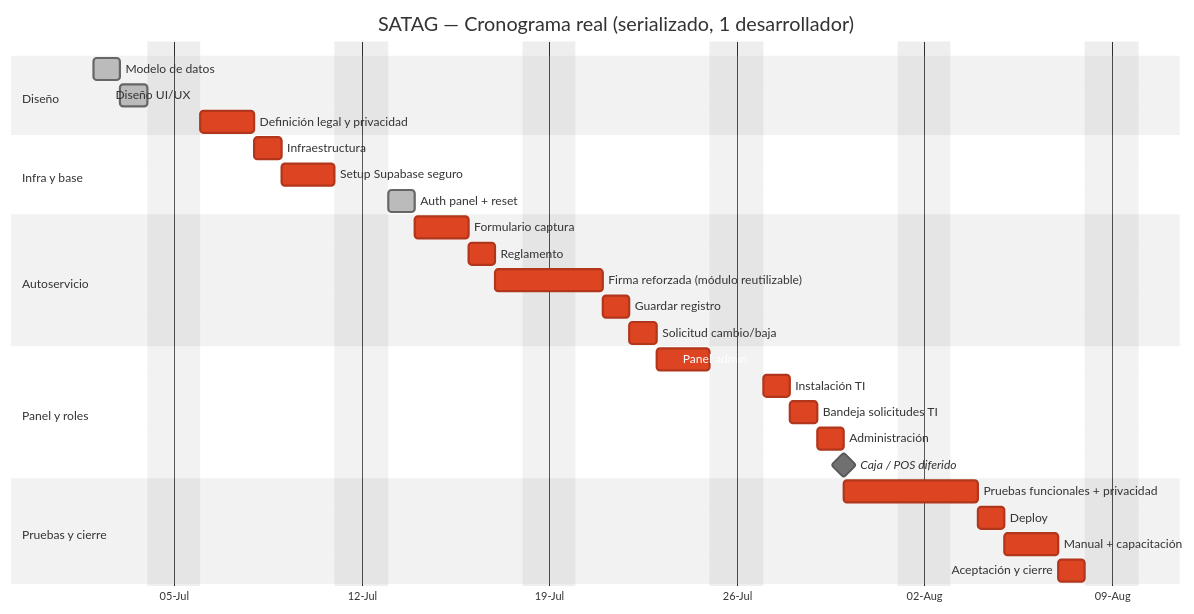
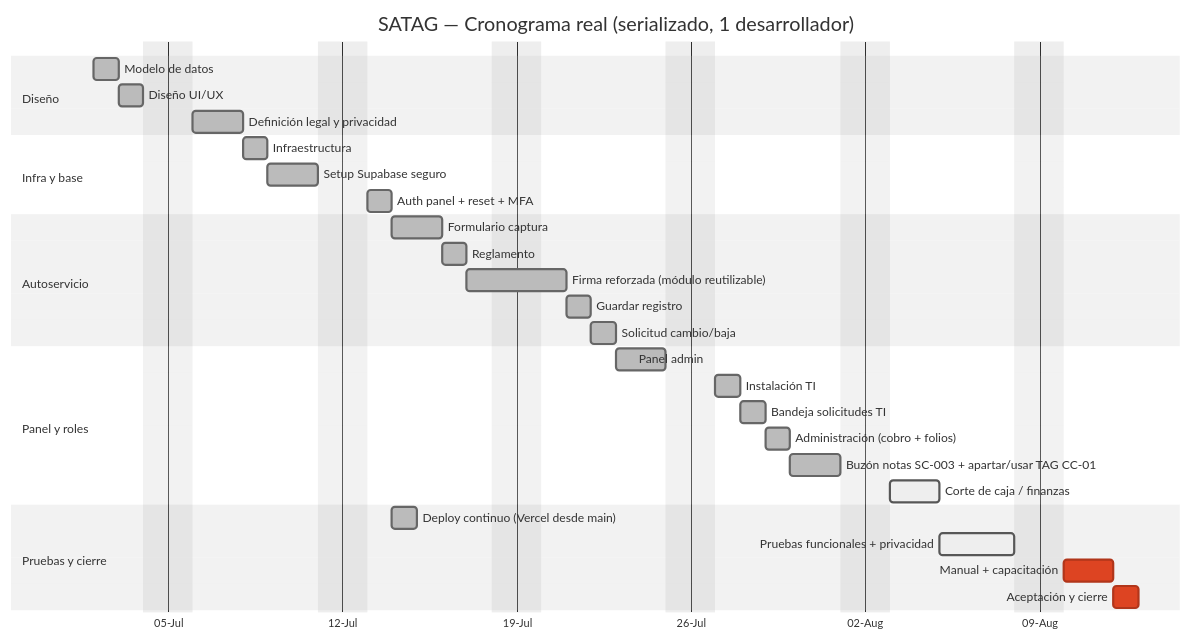
One commit to Proyectos-Web-IAQ/SATAG changed the diagram in README.md. Above: the diagram before and after it, drawn with Mermaid (neutral theme). The commit also changed other lines of this file and 24 other files, not shown here.

````diff
--- a/README.md
+++ b/README.md
@@ -45,37 +46,38 @@
 ```mermaid
 gantt
   title SATAG — Cronograma real (serializado, 1 desarrollador)
   dateFormat YYYY-MM-DD
   axisFormat %d-%b
   excludes weekends
 
   section Diseño
     Modelo de datos        :done, a1, 2026-07-02, 1d
     Diseño UI/UX           :done, a2, after a1, 1d
-    Definición legal y privacidad :crit, a3, after a2, 1.5d
+    Definición legal y privacidad :done, a3, after a2, 1.5d
 
   section Infra y base
-    Infraestructura        :crit, a4, after a3, 1d
-    Setup Supabase seguro  :crit, a5, after a4, 1.5d
-    Auth panel + reset     :done, a6, after a5, 0.5d
+    Infraestructura        :done, a4, after a3, 1d
+    Setup Supabase seguro  :done, a5, after a4, 1.5d
+    Auth panel + reset + MFA :done, a6, after a5, 0.5d
 
   section Autoservicio
-    Formulario captura     :crit, a7, after a6, 1.5d
-    Reglamento             :crit, a8, after a7, 0.5d
-    Firma reforzada (módulo reutilizable) :crit, a9, after a8, 2d
-    Guardar registro       :crit, a10, after a9, 1d
-    Solicitud cambio/baja  :crit, a10b, after a10, 0.5d
+    Formulario captura     :done, a7, after a6, 1.5d
+    Reglamento             :done, a8, after a7, 0.5d
+    Firma reforzada (módulo reutilizable) :done, a9, after a8, 2d
+    Guardar registro       :done, a10, after a9, 1d
+    Solicitud cambio/baja  :done, a10b, after a10, 0.5d
 
   section Panel y roles
-    Panel admin            :crit, a11, after a10b, 1.5d
-    Instalación TI         :crit, a12, after a11, 1d
-    Bandeja solicitudes TI :crit, a12b, after a12, 0.5d
-    Administración         :crit, a13, after a12b, 1d
-    Caja / POS diferido    :milestone, a13b, after a13, 0d
+    Panel admin            :done, a11, after a10b, 1.5d
+    Instalación TI         :done, a12, after a11, 1d
+    Bandeja solicitudes TI :done, a12b, after a12, 0.5d
+    Administración (cobro + folios) :done, a13, after a12b, 1d
+    Buzón notas SC-003 + apartar/usar TAG CC-01 :done, a13a, after a13, 1.5d
+    Corte de caja / finanzas :active, a13b, after a13a, 1.5d
 
   section Pruebas y cierre
-    Pruebas funcionales + privacidad :crit, a14, after a13b, 3d
-    Deploy                 :crit, a15, after a14, 0.5d
-    Manual + capacitación  :crit, a16, after a15, 1.5d
+    Deploy continuo (Vercel desde main) :done, a15, after a6, 0.5d
+    Pruebas funcionales + privacidad :active, a14, after a13b, 3d
+    Manual + capacitación  :crit, a16, after a14, 1.5d
     Aceptación y cierre    :crit, a17, after a16, 0.5d
 ```
````
